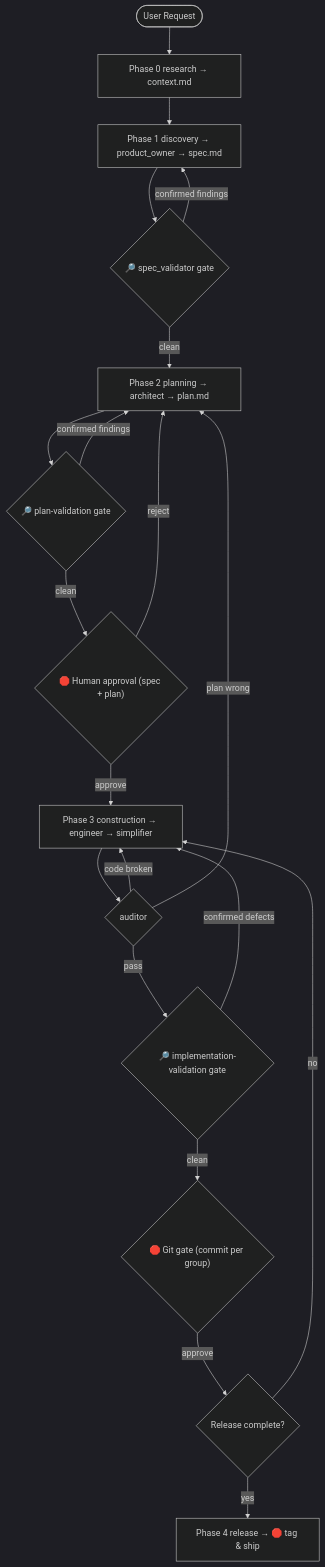
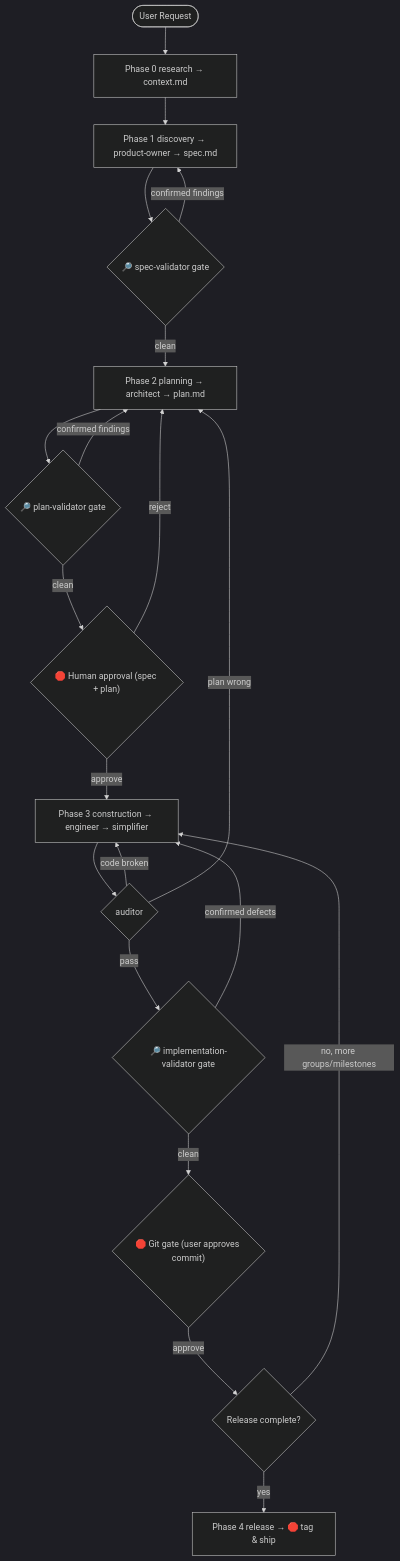
The diagram in plugins/orchestrator/README.md (ddobrin/plan-commands), drawn with Mermaid (dark theme) before and after one commit. The commit also changed other lines of this file and 11 other files, not shown here.

````diff
--- a/plugins/orchestrator/README.md
+++ b/plugins/orchestrator/README.md
@@ -22,22 +22,22 @@
 ```mermaid
 graph TD
     Start(["User Request"]) --> R["Phase 0 research → context.md"]
-    R --> PO["Phase 1 discovery → product_owner → spec.md"]
-    PO --> SV{"🔎 spec_validator gate"}
+    R --> PO["Phase 1 discovery → product-owner → spec.md"]
+    PO --> SV{"🔎 spec-validator gate"}
     SV -- confirmed findings --> PO
     SV -- clean --> ARCH["Phase 2 planning → architect → plan.md"]
-    ARCH --> PV{"🔎 plan-validation gate"}
+    ARCH --> PV{"🔎 plan-validator gate"}
     PV -- confirmed findings --> ARCH
     PV -- clean --> Human{"🛑 Human approval (spec + plan)"}
     Human -- reject --> ARCH
     Human -- approve --> ENG["Phase 3 construction → engineer → simplifier"]
     ENG --> AUD{"auditor"}
     AUD -- code broken --> ENG
     AUD -- plan wrong --> ARCH
-    AUD -- pass --> IV{"🔎 implementation-validation gate"}
+    AUD -- pass --> IV{"🔎 implementation-validator gate"}
     IV -- confirmed defects --> ENG
-    IV -- clean --> Git{"🛑 Git gate (commit per group)"}
+    IV -- clean --> Git{"🛑 Git gate (user approves commit)"}
     Git -- approve --> CheckRelease{"Release complete?"}
-    CheckRelease -- no --> ENG
+    CheckRelease -- no, more groups/milestones --> ENG
     CheckRelease -- yes --> Rel["Phase 4 release → 🛑 tag & ship"]
 ```
````
